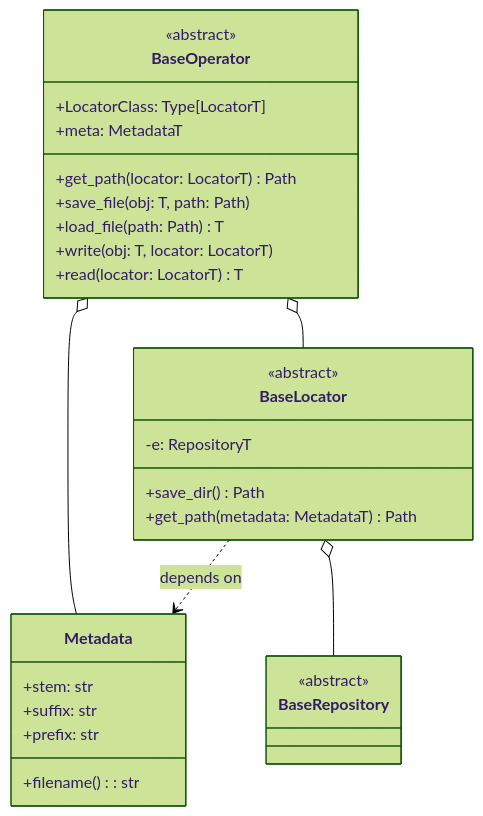
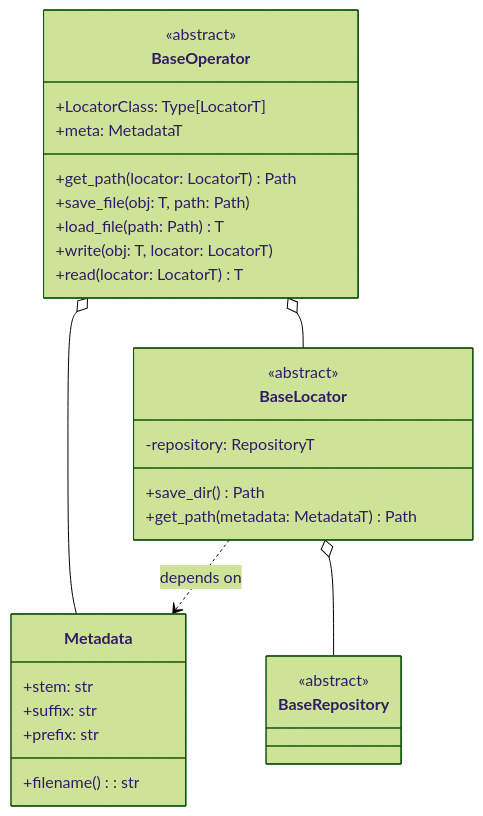
The diagram in README.md (nodashin6/frieren), drawn with Mermaid (forest theme) before and after one commit. The commit also changed 5 other files, not shown here.

````diff
--- a/README.md
+++ b/README.md
@@ -67,37 +67,37 @@
 ```mermaid
 
 classDiagram
     class BaseRepository {
         <<abstract>>
     }
     
     class Metadata {
         +stem: str
         +suffix: str
         +prefix: str
         +filename() : str
     }
     
     class BaseLocator {
         <<abstract>>
-        -e: RepositoryT
+        -repository: RepositoryT
         +save_dir() Path
         +get_path(metadata: MetadataT) Path
     }
     
     class BaseOperator {
         <<abstract>>
         +LocatorClass: Type[LocatorT]
         +meta: MetadataT
         +get_path(locator: LocatorT) Path
         +save_file(obj: T, path: Path)
         +load_file(path: Path) T
         +write(obj: T, locator: LocatorT)
         +read(locator: LocatorT) T
     }
     
     BaseOperator o-- BaseLocator
     BaseOperator o-- Metadata
     BaseLocator ..> Metadata : depends on
     BaseLocator o-- BaseRepository
 ```
````
